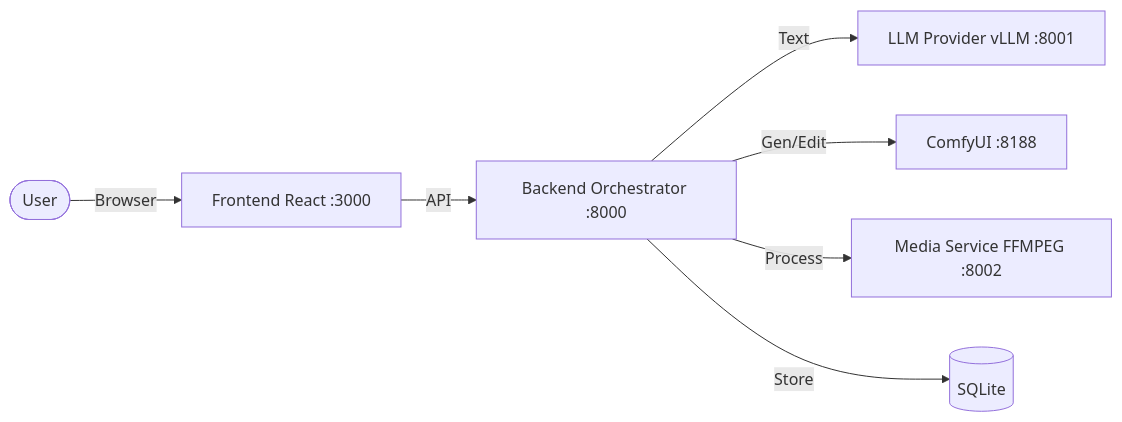
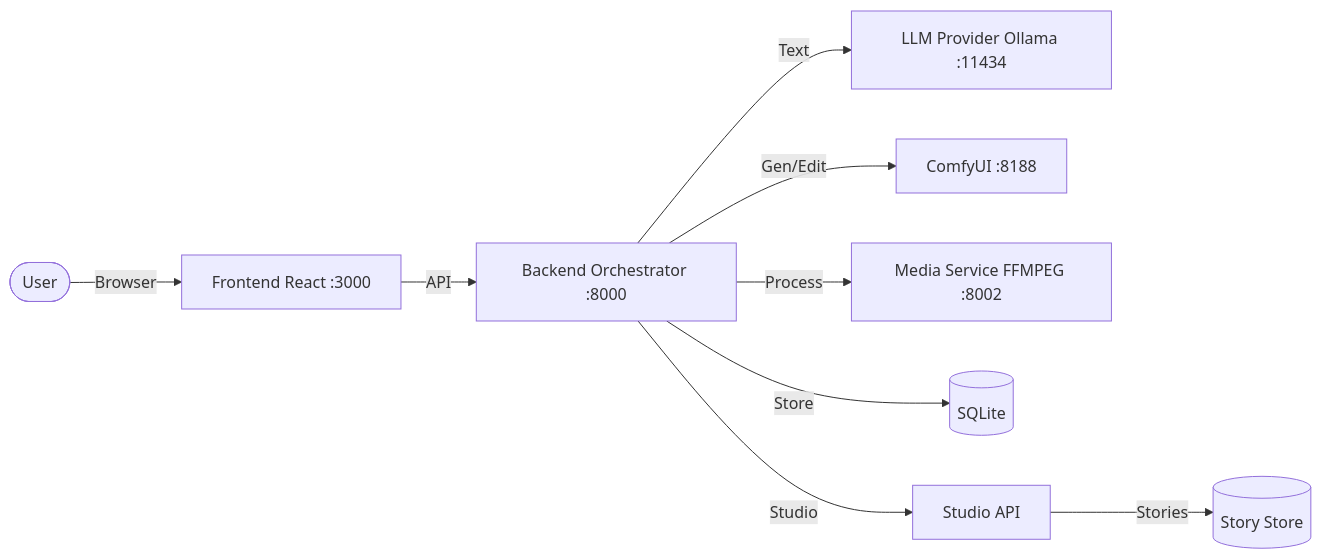
One commit to ruslanmv/HomePilot changed the diagram in README.md. Above: the diagram before and after it, drawn with Mermaid. The commit also changed other lines of this file, not shown here.

````diff
--- a/README.md
+++ b/README.md
@@ -44,10 +144,11 @@
 ```mermaid
 graph LR
     User([User]) -->|Browser| Frontend[Frontend React :3000]
     Frontend -->|API| Backend[Backend Orchestrator :8000]
-    Backend -->|Text| LLM[LLM Provider vLLM :8001]
+    Backend -->|Text| LLM[LLM Provider Ollama :11434]
     Backend -->|Gen/Edit| Comfy[ComfyUI :8188]
     Backend -->|Process| Media[Media Service FFMPEG :8002]
     Backend -->|Store| DB[(SQLite)]
-
+    Backend -->|Studio| Studio[Studio API]
+    Studio -->|Stories| StoryDB[(Story Store)]
 ```
````
